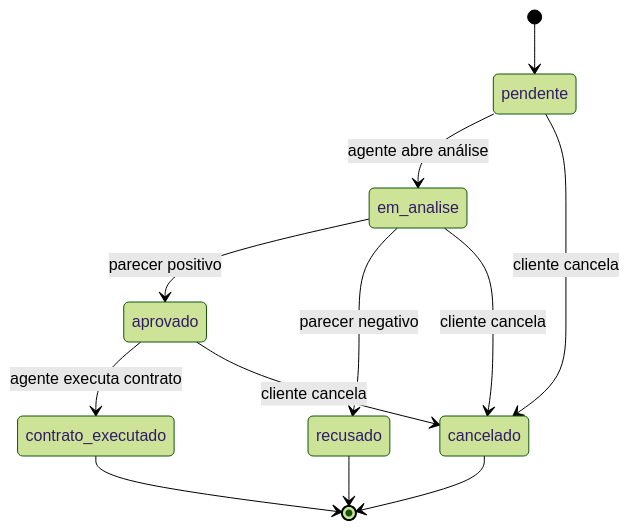
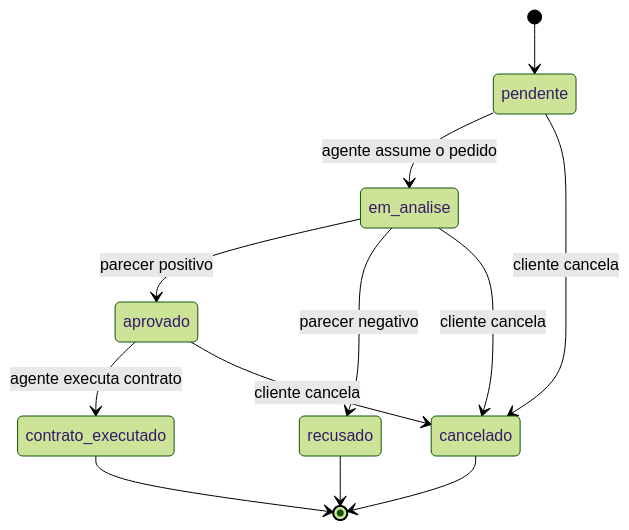
The second of 2 diagrams in docs/diagrama-de-classes.md (gabrielcarvalhosoa/WeekndCar), drawn with Mermaid (forest theme) before and after one commit. The commit also changed other lines of this file and 8 other files, not shown here.

````diff
--- a/docs/diagrama-de-classes.md
+++ b/docs/diagrama-de-classes.md
@@ -75,14 +93,14 @@
 ```mermaid
 stateDiagram-v2
     [*] --> pendente
-    pendente --> em_analise : agente abre análise
+    pendente --> em_analise : agente assume o pedido
     pendente --> cancelado : cliente cancela
     em_analise --> aprovado : parecer positivo
     em_analise --> recusado : parecer negativo
     em_analise --> cancelado : cliente cancela
     aprovado --> contrato_executado : agente executa contrato
     aprovado --> cancelado : cliente cancela
     contrato_executado --> [*]
     recusado --> [*]
     cancelado --> [*]
 ```
````
